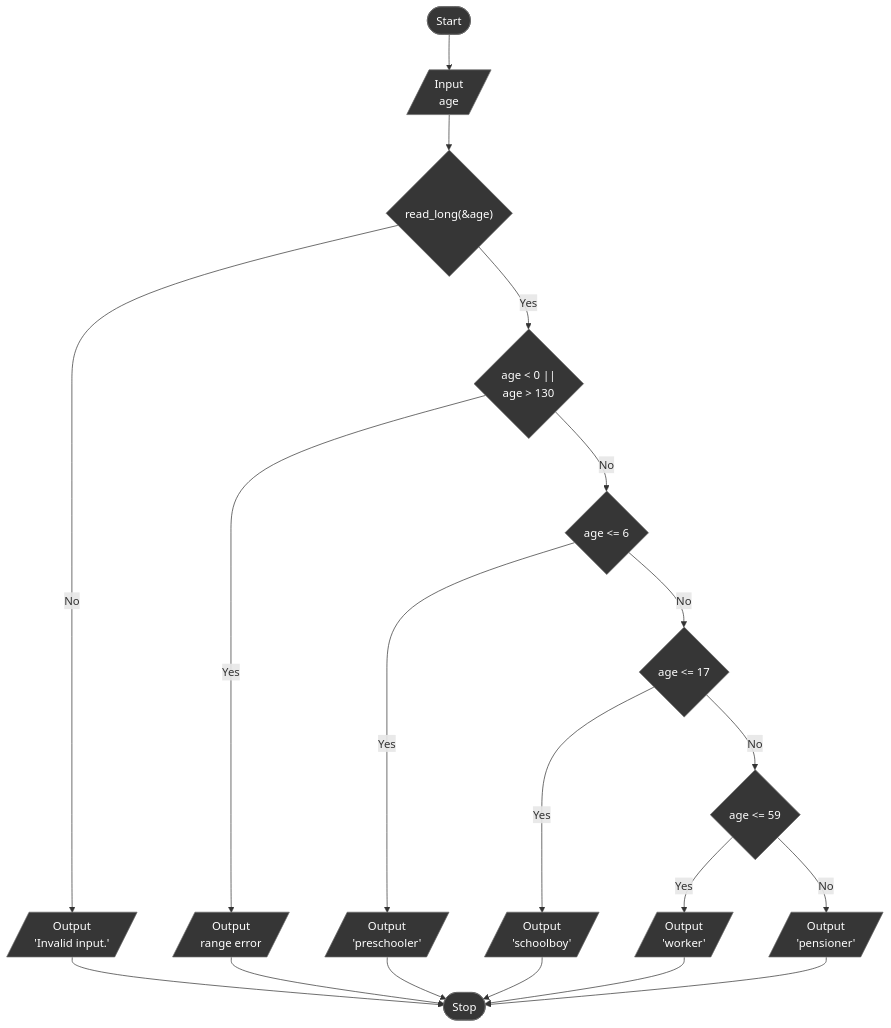
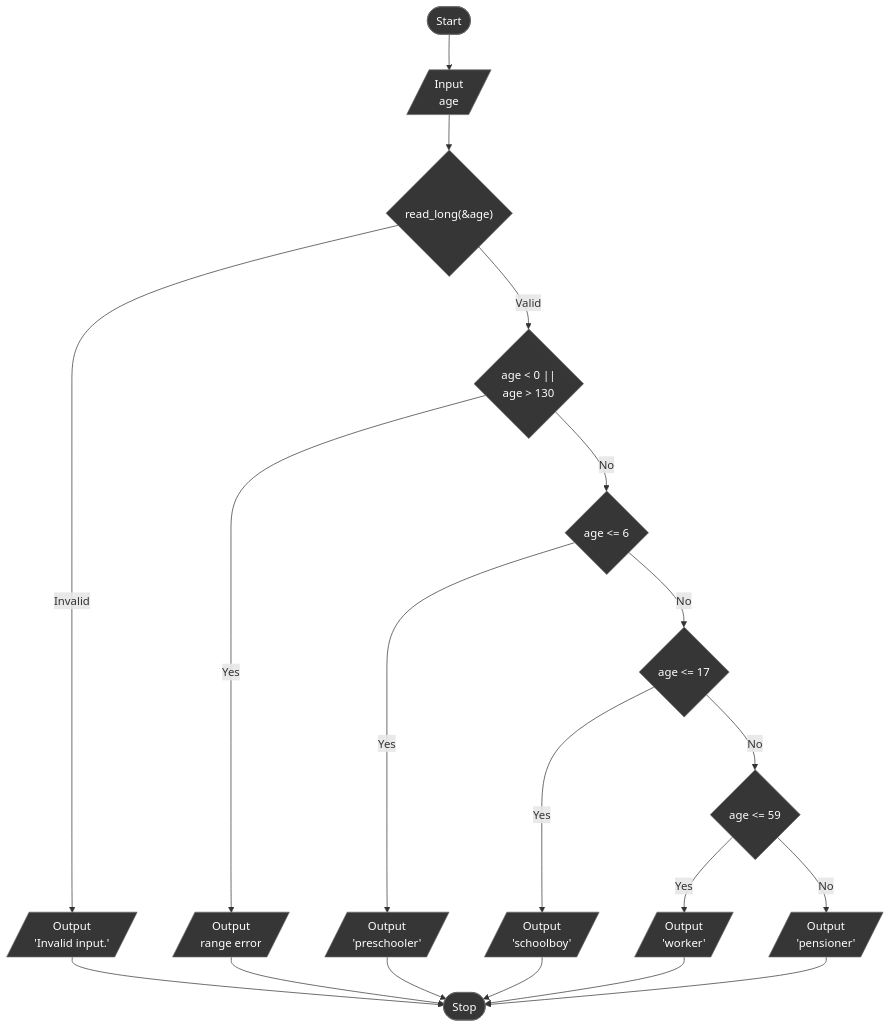
Before and after one commit to nykonhrytsyshyn/khnu-prog-labs: the third of 5 diagrams in lab_02/README.md, drawn with Mermaid.

Commit message:
Update flowchart for input validation clarity

````diff
--- a/lab_02/README.md
+++ b/lab_02/README.md
@@ -106,24 +106,24 @@
 ```mermaid
 flowchart TD
   A(["Start"]) --> B[/"Input<br/>age"/]
   B --> C{"read_long(&age)"}
-  C -->|No| D[/"Output<br/>'Invalid input.'"/]
-  C -->|Yes| E{"age < 0 ||<br/>age > 130"}
+  C -->|Invalid| D[/"Output<br/>'Invalid input.'"/]
+  C -->|Valid| E{"age < 0 ||<br/>age > 130"}
   E -->|Yes| F[/"Output<br/>range error"/]
   E -->|No| G{"age <= 6"}
   G -->|Yes| H[/"Output<br/>'preschooler'"/]
   G -->|No| I{"age <= 17"}
   I -->|Yes| J[/"Output<br/>'schoolboy'"/]
   I -->|No| K{"age <= 59"}
   K -->|Yes| L[/"Output<br/>'worker'"/]
   K -->|No| M[/"Output<br/>'pensioner'"/]
   D --> N(["Stop"])
   F --> N
   H --> N
   J --> N
   L --> N
   M --> N
 
   classDef stage fill:#363636,stroke:#666,color:#fff,rx:6,ry:6
   class A,B,C,D,E,F,G,H,I,J,K,L,M,N stage
 ```
````
